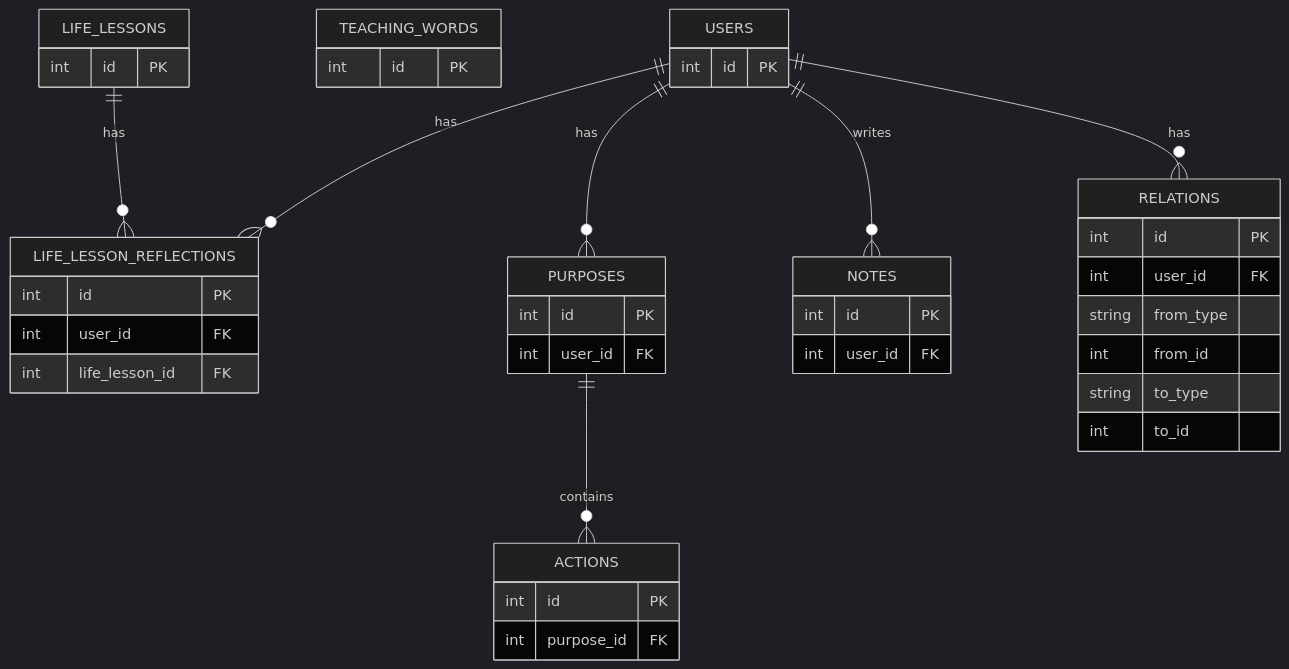
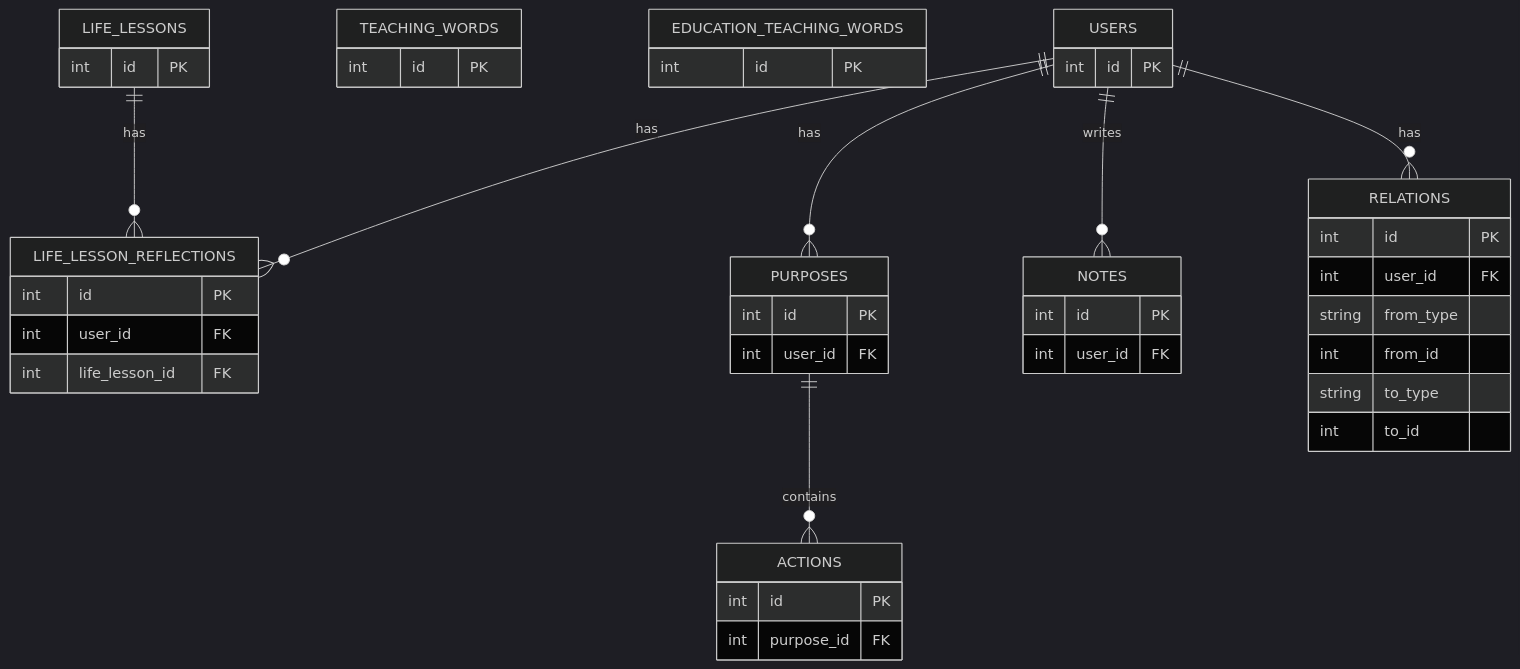
One commit to ThanhTung281002/MG-app changed the diagram in README.md. Above: the diagram before and after it, drawn with Mermaid (dark theme). The commit also changed other lines of this file, not shown here.

Commit message:
feat: thêm api contract cho educational teaching words

````diff
--- a/README.md
+++ b/README.md
@@ -1456,53 +1588,57 @@
 ```mermaid
 erDiagram
 
     USERS {
         int id PK 
     }
 
     TEACHING_WORDS {
         int id PK 
+    }
+
+    EDUCATION_TEACHING_WORDS {
+        int id PK
     }
 
     LIFE_LESSONS {
         int id PK
     }
 
     LIFE_LESSON_REFLECTIONS {
         int id PK
         int user_id FK 
         int life_lesson_id FK
     }
 
     PURPOSES {
         int id PK
         int user_id FK 
     }
 
     NOTES {
         int id PK
         int user_id FK
     }
 
     ACTIONS {
         int id PK
         int purpose_id FK
     }
 
     RELATIONS {
         int id PK 
         int user_id FK 
         string from_type
         int from_id 
         string to_type
         int to_id 
     }
 
     USERS ||--o{ PURPOSES : has
     USERS ||--o{ NOTES : writes
     PURPOSES ||--o{ ACTIONS : contains
     USERS ||--O{LIFE_LESSON_REFLECTIONS : has
     LIFE_LESSONS ||--O{LIFE_LESSON_REFLECTIONS: has
     USERS ||--O{ RELATIONS: has
 
 ```
````
